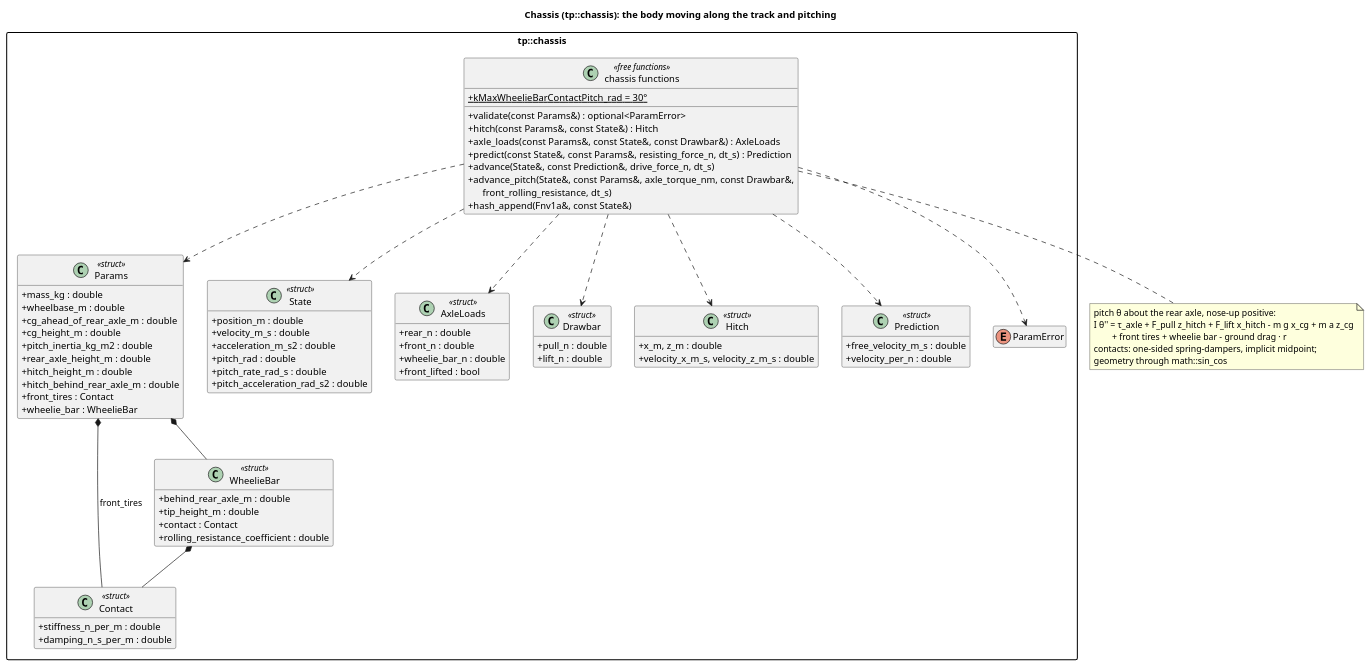
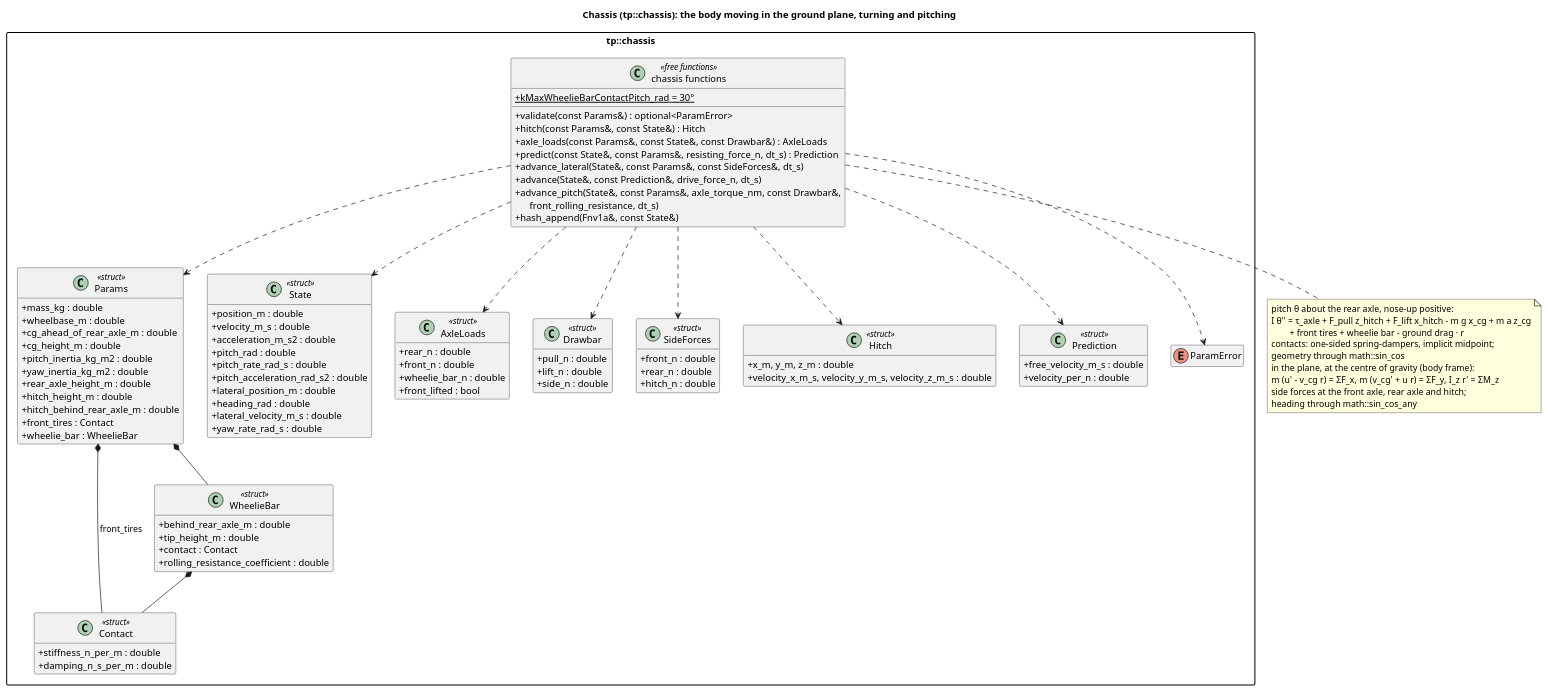
One commit to wversteeg/TractorPulling changed the diagram in docs/diagrams/chassis_classes.puml. Above: the diagram before and after it, drawn with PlantUML. The commit also changed 49 other files, not shown here.

```diff
--- a/docs/diagrams/chassis_classes.puml
+++ b/docs/diagrams/chassis_classes.puml
@@ -1,85 +1,102 @@
 @startuml chassis_classes
-title Chassis (tp::chassis): the body moving along the track and pitching
+title Chassis (tp::chassis): the body moving in the ground plane, turning and pitching
 hide empty members
 skinparam packageStyle rectangle
 skinparam classAttributeIconSize 0
 
 package "tp::chassis" {
   class Params <<struct>> {
     +mass_kg : double
     +wheelbase_m : double
     +cg_ahead_of_rear_axle_m : double
     +cg_height_m : double
     +pitch_inertia_kg_m2 : double
+    +yaw_inertia_kg_m2 : double
     +rear_axle_height_m : double
     +hitch_height_m : double
     +hitch_behind_rear_axle_m : double
     +front_tires : Contact
     +wheelie_bar : WheelieBar
   }
   class Contact <<struct>> {
     +stiffness_n_per_m : double
     +damping_n_s_per_m : double
   }
   class WheelieBar <<struct>> {
     +behind_rear_axle_m : double
     +tip_height_m : double
     +contact : Contact
     +rolling_resistance_coefficient : double
   }
   class State <<struct>> {
     +position_m : double
     +velocity_m_s : double
     +acceleration_m_s2 : double
     +pitch_rad : double
     +pitch_rate_rad_s : double
     +pitch_acceleration_rad_s2 : double
+    +lateral_position_m : double
+    +heading_rad : double
+    +lateral_velocity_m_s : double
+    +yaw_rate_rad_s : double
   }
   class AxleLoads <<struct>> {
     +rear_n : double
     +front_n : double
     +wheelie_bar_n : double
     +front_lifted : bool
   }
   class Drawbar <<struct>> {
     +pull_n : double
     +lift_n : double
+    +side_n : double
+  }
+  class SideForces <<struct>> {
+    +front_n : double
+    +rear_n : double
+    +hitch_n : double
   }
   class Hitch <<struct>> {
-    +x_m, z_m : double
-    +velocity_x_m_s, velocity_z_m_s : double
+    +x_m, y_m, z_m : double
+    +velocity_x_m_s, velocity_y_m_s, velocity_z_m_s : double
   }
   class Prediction <<struct>> {
     +free_velocity_m_s : double
     +velocity_per_n : double
   }
   enum ParamError
   class "chassis functions" as ChassisFns <<free functions>> {
     +{static} kMaxWheelieBarContactPitch_rad = 30°
     +validate(const Params&) : optional<ParamError>
     +hitch(const Params&, const State&) : Hitch
     +axle_loads(const Params&, const State&, const Drawbar&) : AxleLoads
     +predict(const State&, const Params&, resisting_force_n, dt_s) : Prediction
+    +advance_lateral(State&, const Params&, const SideForces&, dt_s)
     +advance(State&, const Prediction&, drive_force_n, dt_s)
     +advance_pitch(State&, const Params&, axle_torque_nm, const Drawbar&,\n      front_rolling_resistance, dt_s)
     +hash_append(Fnv1a&, const State&)
   }
   Params *-- Contact : front_tires
   Params *-- WheelieBar
   WheelieBar *-- Contact
   ChassisFns ..> Params
   ChassisFns ..> State
   ChassisFns ..> AxleLoads
   ChassisFns ..> Prediction
   ChassisFns ..> Drawbar
   ChassisFns ..> Hitch
+  ChassisFns ..> SideForces
   ChassisFns ..> ParamError
 }
 note bottom of ChassisFns
   pitch θ about the rear axle, nose-up positive:
   I θ'' = τ_axle + F_pull z_hitch + F_lift x_hitch - m g x_cg + m a z_cg
           + front tires + wheelie bar - ground drag · r
   contacts: one-sided spring-dampers, implicit midpoint;
   geometry through math::sin_cos
+  in the plane, at the centre of gravity (body frame):
+  m (u' - v_cg r) = ΣF_x,  m (v_cg' + u r) = ΣF_y,  I_z r' = ΣM_z
+  side forces at the front axle, rear axle and hitch;
+  heading through math::sin_cos_any
 end note
 @enduml
```
